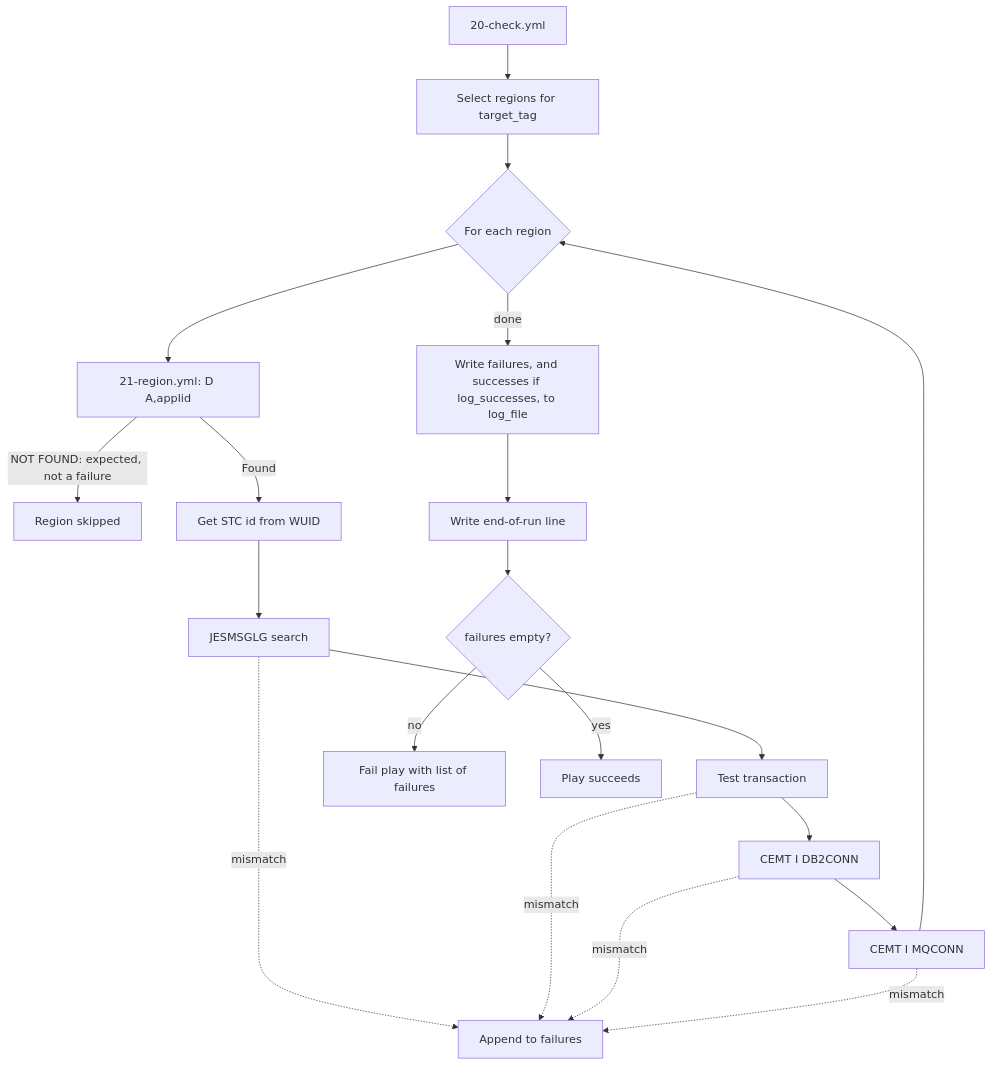
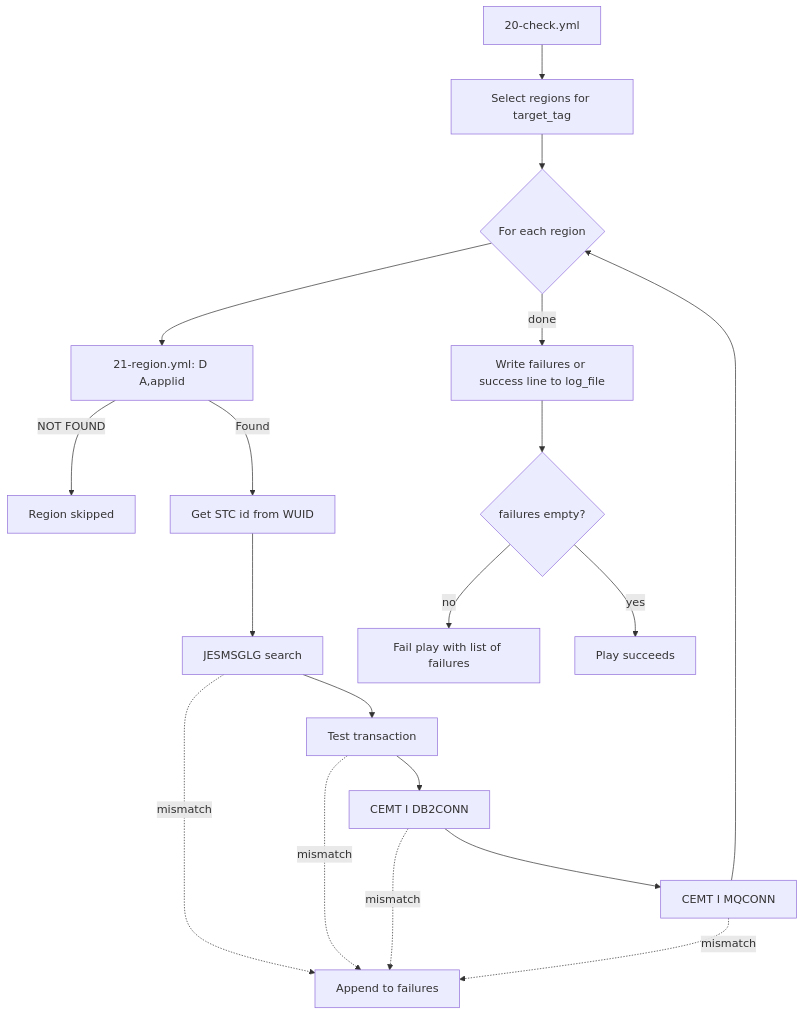
The diagram in README.md (gkeuken/cicscheck_sample), drawn with Mermaid before and after one commit. The commit also changed other lines of this file, not shown here.

````diff
--- a/README.md
+++ b/README.md
@@ -121,22 +104,21 @@
 ```mermaid
 flowchart TD
     A[20-check.yml] --> B[Select regions for target_tag]
     B --> C{For each region}
     C --> D[21-region.yml: D A,applid]
-    D -->|NOT FOUND: expected, not a failure| X[Region skipped]
+    D -->|NOT FOUND| X[Region skipped]
     D -->|Found| E[Get STC id from WUID]
     E --> F[JESMSGLG search]
     F --> G[Test transaction]
     G --> H[CEMT I DB2CONN]
     H --> I[CEMT I MQCONN]
     F -.->|mismatch| L[Append to failures]
     G -.->|mismatch| L
     H -.->|mismatch| L
     I -.->|mismatch| L
     I --> C
-    C -->|done| J[Write failures, and successes if log_successes, to log_file]
-    J --> E2[Write end-of-run line]
-    E2 --> K{failures empty?}
+    C -->|done| J[Write failures or success line to log_file]
+    J --> K{failures empty?}
     K -->|no| M[Fail play with list of failures]
     K -->|yes| N[Play succeeds]
 ```
````
